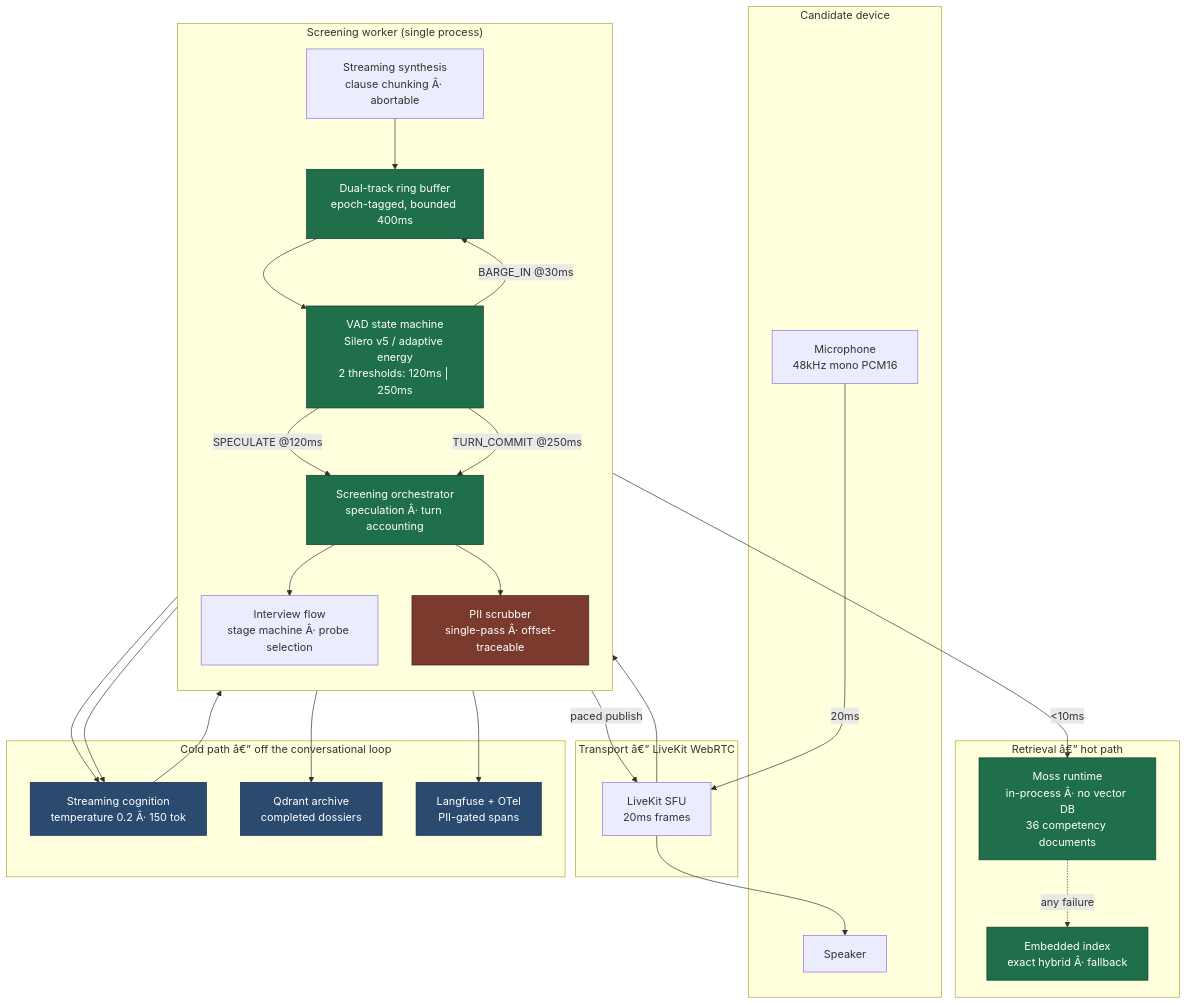
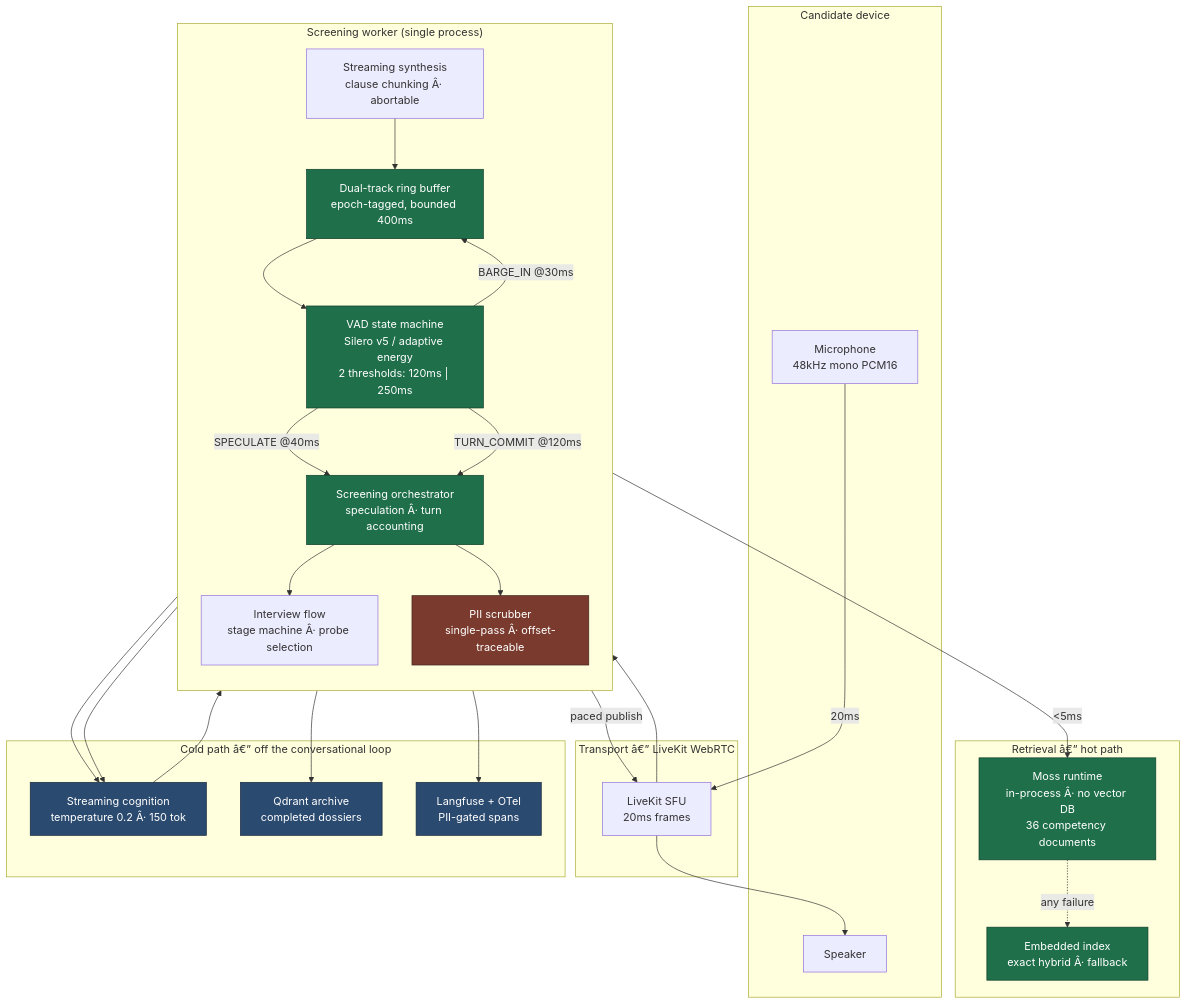
The first of 8 diagrams in docs/ARCHITECTURE.md (Oruwe/HR_agent), drawn with Mermaid before and after one commit. The commit also changed other lines of this file and 16 other files, not shown here.

````diff
--- a/docs/ARCHITECTURE.md
+++ b/docs/ARCHITECTURE.md
@@ -9,56 +9,56 @@
 ```mermaid
 flowchart TB
     subgraph EDGE["Candidate device"]
         MIC["Microphone<br/>48kHz mono PCM16"]
         SPK["Speaker"]
     end
 
     subgraph TRANSPORT["Transport â€” LiveKit WebRTC"]
         SFU["LiveKit SFU<br/>20ms frames"]
     end
 
     subgraph WORKER["Screening worker (single process)"]
         direction TB
         RING["Dual-track ring buffer<br/>epoch-tagged, bounded 400ms"]
         VAD["VAD state machine<br/>Silero v5 / adaptive energy<br/>2 thresholds: 120ms | 250ms"]
         ORCH["Screening orchestrator<br/>speculation Â· turn accounting"]
         FLOW["Interview flow<br/>stage machine Â· probe selection"]
         SYNTH["Streaming synthesis<br/>clause chunking Â· abortable"]
         SCRUB["PII scrubber<br/>single-pass Â· offset-traceable"]
     end
 
     subgraph RETRIEVAL["Retrieval â€” hot path"]
         MOSS["Moss runtime<br/>in-process Â· no vector DB<br/>36 competency documents"]
         FALLBACK["Embedded index<br/>exact hybrid Â· fallback"]
     end
 
     subgraph COLD["Cold path â€” off the conversational loop"]
         COG["Streaming cognition<br/>temperature 0.2 Â· 150 tok"]
         QDRANT["Qdrant archive<br/>completed dossiers"]
         TRACE["Langfuse + OTel<br/>PII-gated spans"]
     end
 
     MIC -->|"20ms"| SFU --> RING --> VAD
-    VAD -->|"SPECULATE @120ms"| ORCH
-    VAD -->|"TURN_COMMIT @250ms"| ORCH
+    VAD -->|"SPECULATE @40ms"| ORCH
+    VAD -->|"TURN_COMMIT @120ms"| ORCH
     VAD -->|"BARGE_IN @30ms"| RING
 
-    ORCH -->|"&lt;10ms"| MOSS
+    ORCH -->|"&lt;5ms"| MOSS
     MOSS -.->|"any failure"| FALLBACK
     ORCH --> FLOW
     ORCH --> COG
     COG --> SYNTH --> RING
     RING -->|"paced publish"| SFU --> SPK
 
     ORCH --> SCRUB
     SCRUB --> COG
     SCRUB --> QDRANT
     SCRUB --> TRACE
 
     classDef hot fill:#1f6f4a,stroke:#0d3d28,color:#fff
     classDef cold fill:#2b4a6f,stroke:#16283d,color:#fff
     classDef sec fill:#7a3b2e,stroke:#40201a,color:#fff
     class MOSS,FALLBACK,VAD,RING,ORCH hot
     class COG,QDRANT,TRACE cold
     class SCRUB sec
 ```
````
